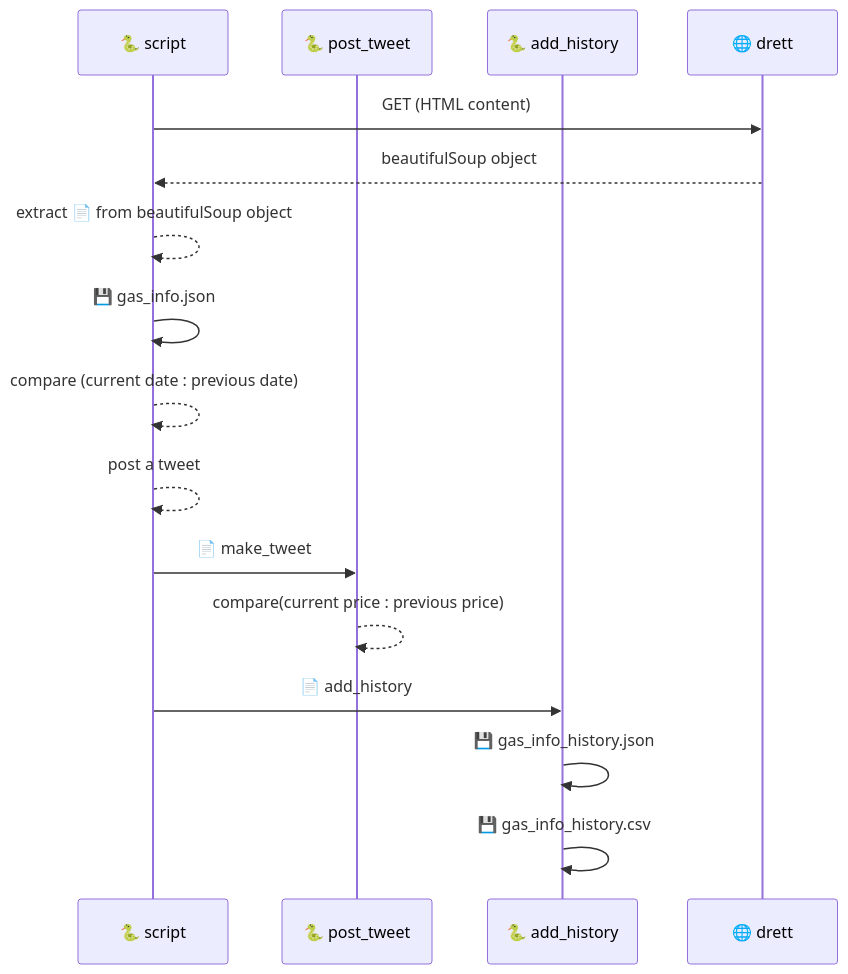
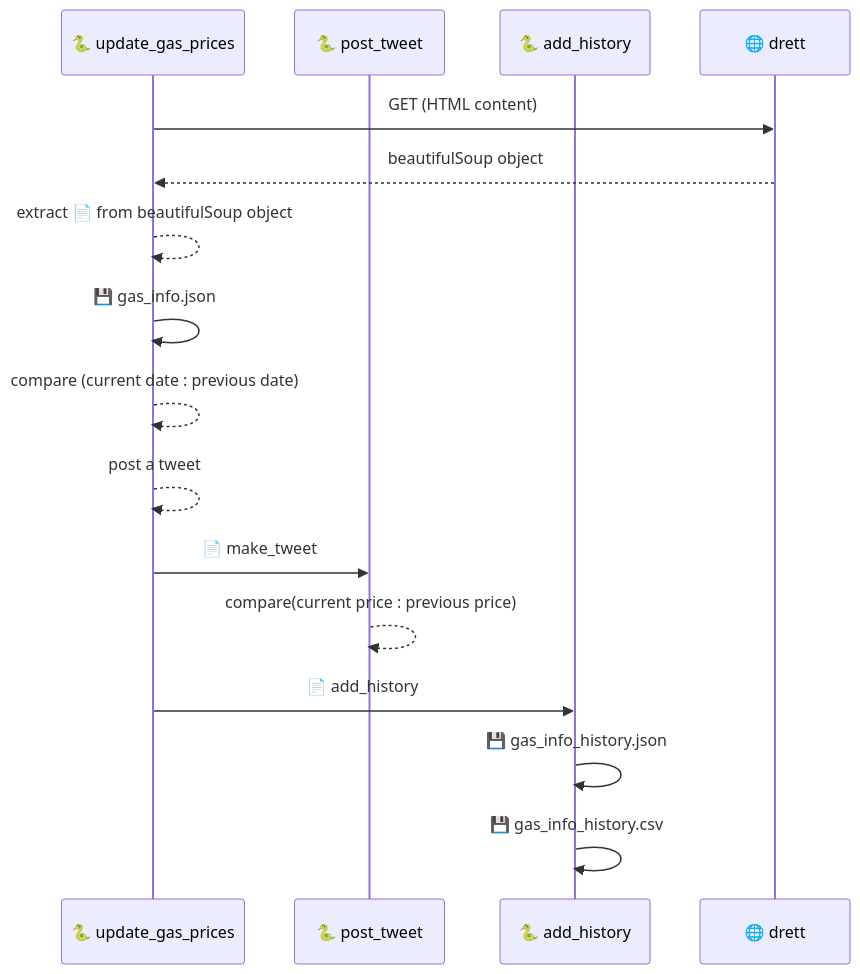
The diagram in README.md (carlosrsabreu/devo-abastecer), drawn with Mermaid before and after one commit. The commit also changed other lines of this file, not shown here.

Commit message:
fix(readme): update to refactor

````diff
--- a/README.md
+++ b/README.md
@@ -12,20 +12,20 @@
 ```mermaid
 sequenceDiagram
-    participant 🐍 script
+    participant 🐍 update_gas_prices
     participant 🐍 post_tweet
     participant 🐍 add_history
     participant 🌐 drett
 
-    🐍 script ->> 🌐 drett:GET (HTML content)
-    🌐 drett -->> 🐍 script: beautifulSoup object
-    🐍 script -->> 🐍 script: extract 📄 from beautifulSoup object
-    🐍 script ->> 🐍 script: 💾 gas_info.json
-    🐍 script -->> 🐍 script: compare (current date : previous date)
-    🐍 script -->> 🐍 script: post a tweet
-    🐍 script ->> 🐍 post_tweet: 📄 make_tweet
+    🐍 update_gas_prices ->> 🌐 drett:GET (HTML content)
+    🌐 drett -->> 🐍 update_gas_prices: beautifulSoup object
+    🐍 update_gas_prices -->> 🐍 update_gas_prices: extract 📄 from beautifulSoup object
+    🐍 update_gas_prices ->> 🐍 update_gas_prices: 💾 gas_info.json
+    🐍 update_gas_prices -->> 🐍 update_gas_prices: compare (current date : previous date)
+    🐍 update_gas_prices -->> 🐍 update_gas_prices: post a tweet
+    🐍 update_gas_prices ->> 🐍 post_tweet: 📄 make_tweet
     🐍 post_tweet -->> 🐍 post_tweet: compare(current price : previous price)
-    🐍 script ->> 🐍 add_history: 📄 add_history
+    🐍 update_gas_prices ->> 🐍 add_history: 📄 add_history
     🐍 add_history ->> 🐍 add_history: 💾 gas_info_history.json
     🐍 add_history ->> 🐍 add_history: 💾 gas_info_history.csv
 
 ```
````
